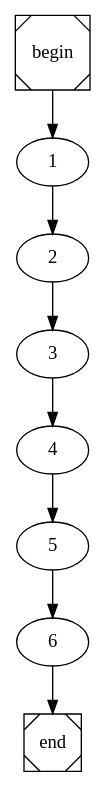
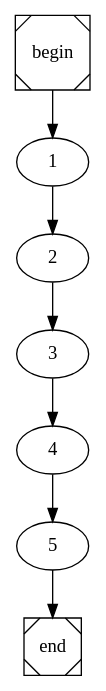
One commit to SergioEstevao11/FEUP-COMP changed the diagram in func2.dot. Above: the diagram before and after it, drawn with Graphviz. The commit also changed 6 other files, not shown here.

```diff
--- a/func2.dot
+++ b/func2.dot
@@ -1,4 +1,4 @@
 digraph cfg {
 	begin [shape=Msquare];
 	end [shape=Msquare];
-	begin -> 1;	1 -> 2;	2 -> 3;	3 -> 4;	4 -> 5;	5 -> 6;	6 -> end;}
+	begin -> 1;	1 -> 2;	2 -> 3;	3 -> 4;	4 -> 5;	5 -> end;}
```
